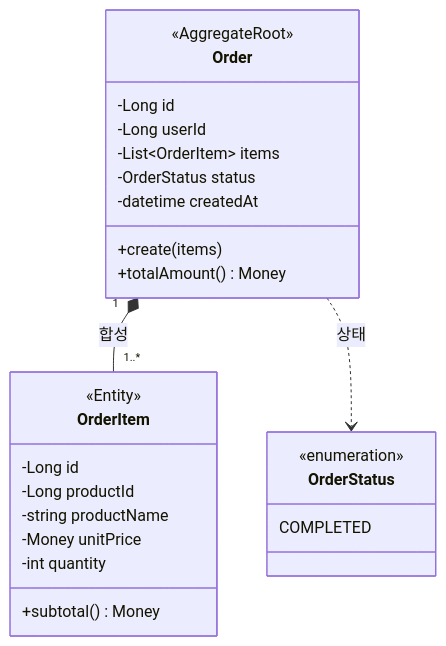
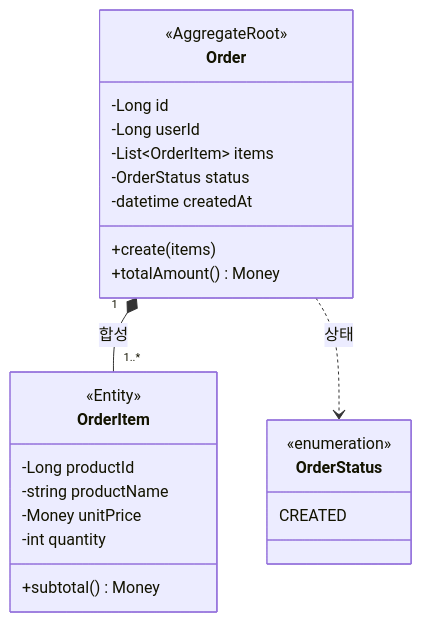
The fourth of 4 diagrams in docs/week2/03-class-diagram.md (loopers-labs/loop-pack-be-l2-vol4-java), drawn with Mermaid before and after one commit. The commit also changed other lines of this file and 2 other files, not shown here.

````diff
--- a/docs/week2/03-class-diagram.md
+++ b/docs/week2/03-class-diagram.md
@@ -200,29 +196,28 @@
 ```mermaid
 classDiagram
     class Order {
         <<AggregateRoot>>
         -Long id
         -Long userId
         -List~OrderItem~ items
         -OrderStatus status
         -datetime createdAt
         +create(items)
         +totalAmount() Money
     }
     class OrderItem {
         <<Entity>>
-        -Long id
         -Long productId
         -string productName
         -Money unitPrice
         -int quantity
         +subtotal() Money
     }
     class OrderStatus {
         <<enumeration>>
-        COMPLETED
+        CREATED
     }
 
     Order "1" *-- "1..*" OrderItem : 합성
     Order ..> OrderStatus : 상태
 ```
````
